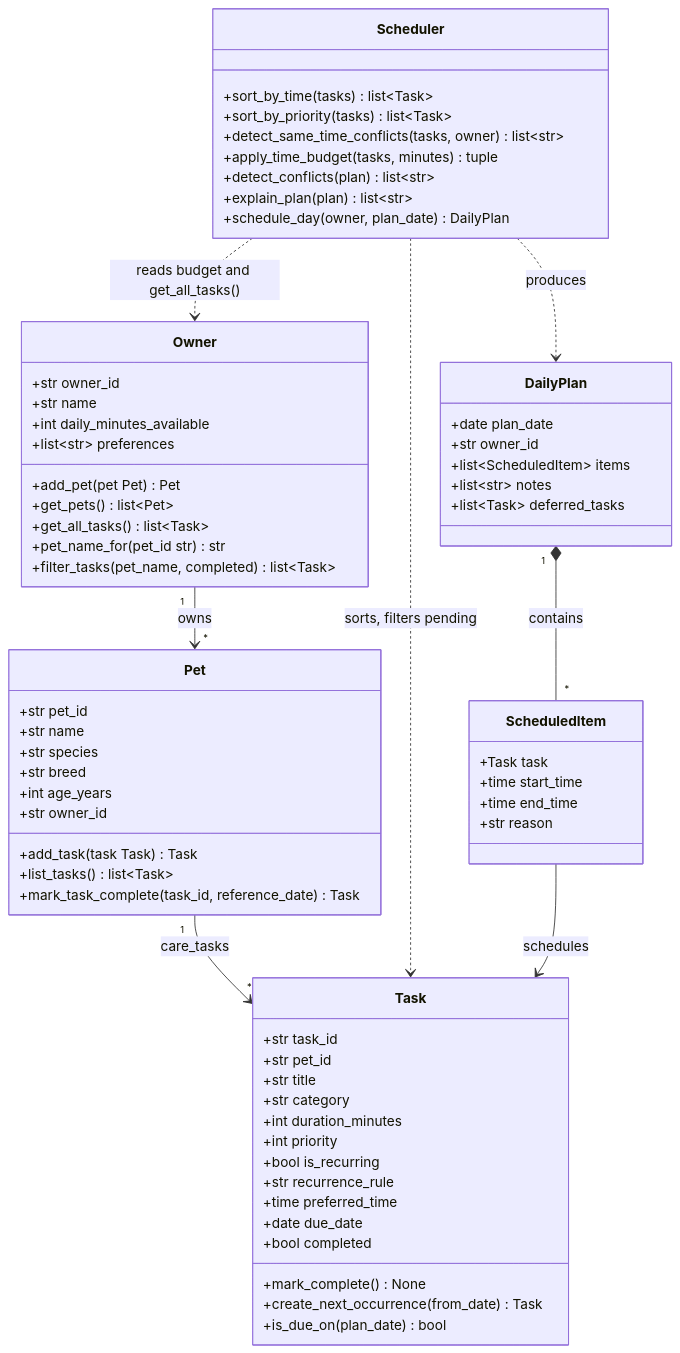
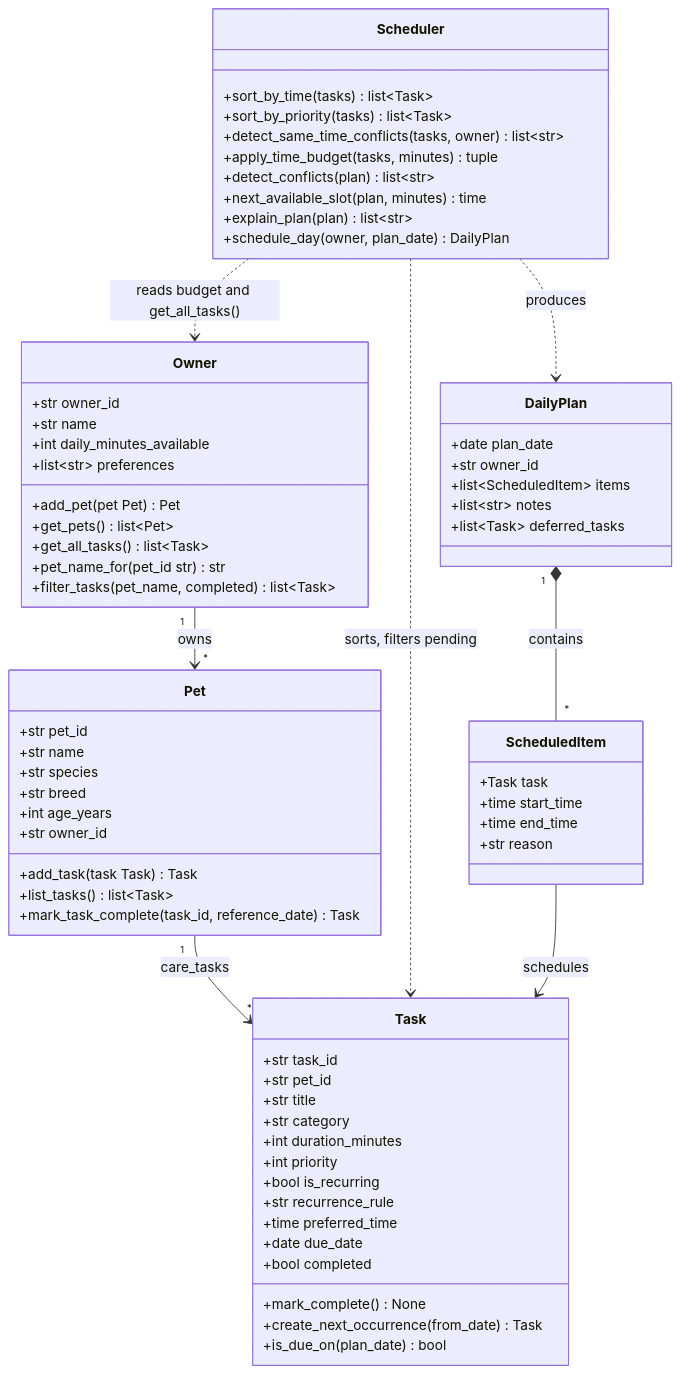
The diagram in diagrams/uml_final.mmd (tssjbs/pawpal-plus-ai110), drawn with Mermaid before and after one commit. The commit also changed 5 other files, not shown here.

Commit message:
docs: align UML and README with grading rubric

```diff
--- a/diagrams/uml_final.mmd
+++ b/diagrams/uml_final.mmd
@@ -1,76 +1,77 @@
 classDiagram
     direction TB
 
     class Owner {
         +str owner_id
         +str name
         +int daily_minutes_available
         +list~str~ preferences
         +add_pet(pet Pet) Pet
         +get_pets() list~Pet~
         +get_all_tasks() list~Task~
         +pet_name_for(pet_id str) str
         +filter_tasks(pet_name, completed) list~Task~
     }
 
     class Pet {
         +str pet_id
         +str name
         +str species
         +str breed
         +int age_years
         +str owner_id
         +add_task(task Task) Task
         +list_tasks() list~Task~
         +mark_task_complete(task_id, reference_date) Task
     }
 
     class Task {
         +str task_id
         +str pet_id
         +str title
         +str category
         +int duration_minutes
         +int priority
         +bool is_recurring
         +str recurrence_rule
         +time preferred_time
         +date due_date
         +bool completed
         +mark_complete() None
         +create_next_occurrence(from_date) Task
         +is_due_on(plan_date) bool
     }
 
     class Scheduler {
         +sort_by_time(tasks) list~Task~
         +sort_by_priority(tasks) list~Task~
         +detect_same_time_conflicts(tasks, owner) list~str~
         +apply_time_budget(tasks, minutes) tuple
         +detect_conflicts(plan) list~str~
+        +next_available_slot(plan, minutes) time
         +explain_plan(plan) list~str~
         +schedule_day(owner, plan_date) DailyPlan
     }
 
     class DailyPlan {
         +date plan_date
         +str owner_id
         +list~ScheduledItem~ items
         +list~str~ notes
         +list~Task~ deferred_tasks
     }
 
     class ScheduledItem {
         +Task task
         +time start_time
         +time end_time
         +str reason
     }
 
     Owner "1" --> "*" Pet : owns
     Pet "1" --> "*" Task : care_tasks
     Scheduler ..> Owner : reads budget and get_all_tasks()
     Scheduler ..> Task : sorts, filters pending
     Scheduler ..> DailyPlan : produces
     DailyPlan "1" *-- "*" ScheduledItem : contains
     ScheduledItem --> Task : schedules
```
